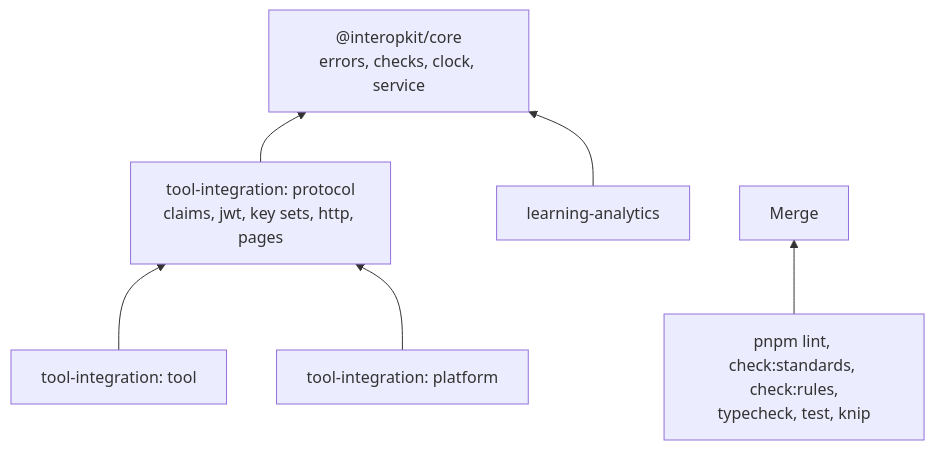
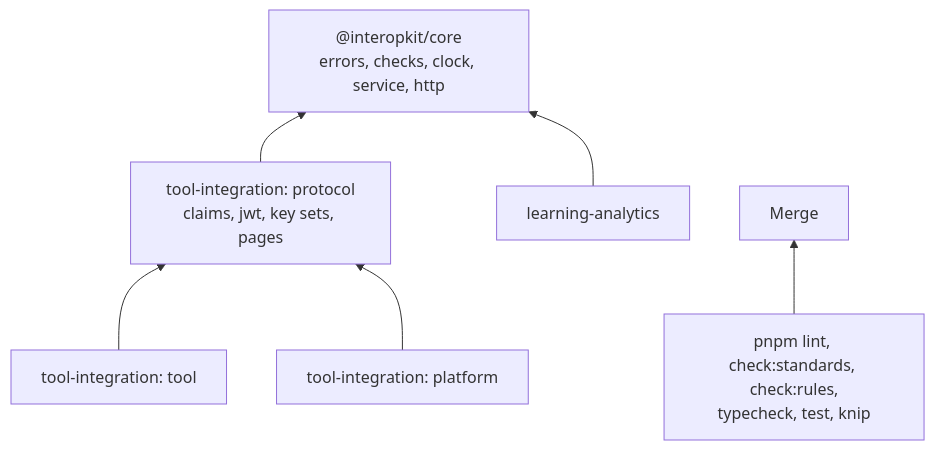
One commit to interopkit/interopkit changed the diagram in AGENTS.md. Above: the diagram before and after it, drawn with Mermaid. The commit also changed other lines of this file and 70 other files, not shown here.

First line of the commit message:
Move request and answer handling into core/http and read request bodies as bytes

````diff
--- a/AGENTS.md
+++ b/AGENTS.md
@@ -11,13 +11,13 @@
 ```mermaid
 flowchart BT
-  core["@interopkit/core<br/>errors, checks, clock, service"]
-  proto["tool-integration: protocol<br/>claims, jwt, key sets, http, pages"]
+  core["@interopkit/core<br/>errors, checks, clock, service, http"]
+  proto["tool-integration: protocol<br/>claims, jwt, key sets, pages"]
   tool["tool-integration: tool"]
   plat["tool-integration: platform"]
   la["learning-analytics"]
   proto --> core
   tool --> proto
   plat --> proto
   la --> core
   gates["pnpm lint, check:standards, check:rules,<br/>typecheck, test, knip"] --> merge["Merge"]
 ```
````
